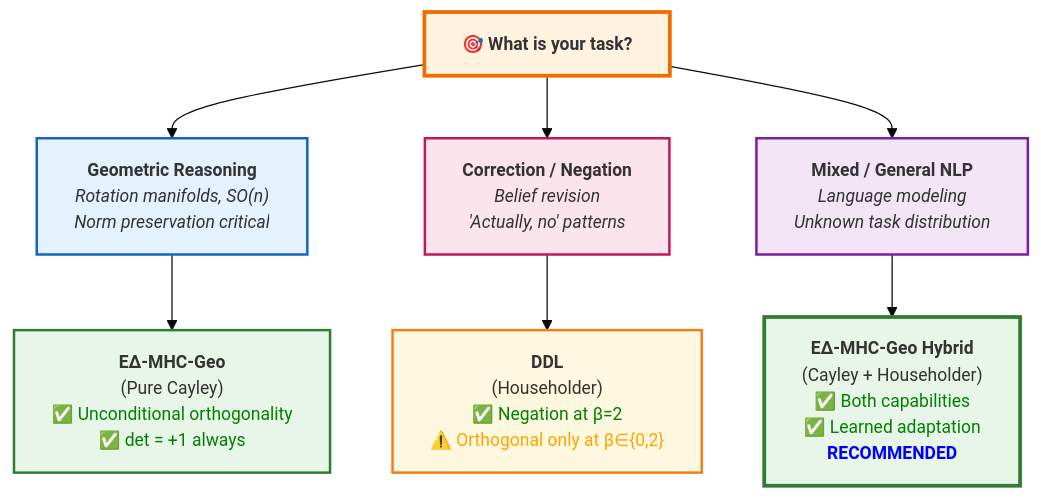
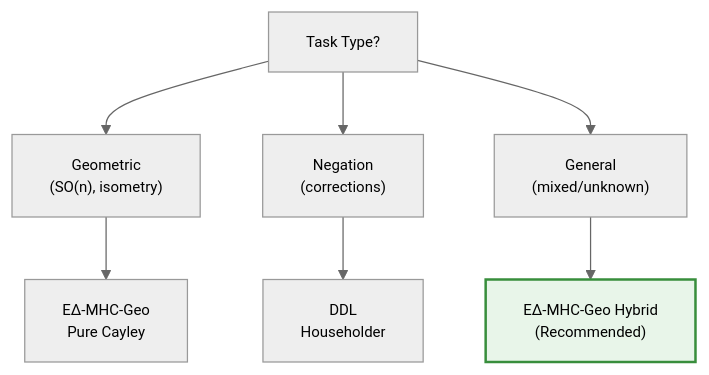
Before and after one commit to arash-shahmansoori/edelta: the seventh of 7 diagrams in docs/RESEARCH_V3.md, drawn with Mermaid. The commit also changed other lines of this file, not shown here.

First line of the commit message:
Optimize Mermaid diagrams for publication quality

````diff
--- a/docs/RESEARCH_V3.md
+++ b/docs/RESEARCH_V3.md
@@ -1622,23 +1453,15 @@
 ```mermaid
-%%{init: {'theme': 'base', 'themeVariables': { 'fontSize': '14px'}}}%%
+%%{init: {'theme': 'neutral', 'themeVariables': { 'fontSize': '12px'}}}%%
 flowchart TB
-    Q["<b>🎯 What is your task?</b>"]
+    Q["Task Type?"]
     
-    Q --> T1["<b>Geometric Reasoning</b><br/><i>Rotation manifolds, SO(n)</i><br/><i>Norm preservation critical</i>"]
-    Q --> T2["<b>Correction / Negation</b><br/><i>Belief revision</i><br/><i>'Actually, no' patterns</i>"]
-    Q --> T3["<b>Mixed / General NLP</b><br/><i>Language modeling</i><br/><i>Unknown task distribution</i>"]
+    Q --> T1["Geometric<br/>(SO(n), isometry)"]
+    Q --> T2["Negation<br/>(corrections)"]
+    Q --> T3["General<br/>(mixed/unknown)"]
     
-    T1 --> A1["<b>E∆-MHC-Geo</b><br/>(Pure Cayley)<br/><span style='color:green'>✅ Unconditional orthogonality</span><br/><span style='color:green'>✅ det = +1 always</span>"]
+    T1 --> A1["E∆-MHC-Geo<br/>Pure Cayley"]
+    T2 --> A2["DDL<br/>Householder"]
+    T3 --> A3["E∆-MHC-Geo Hybrid<br/>(Recommended)"]
     
-    T2 --> A2["<b>DDL</b><br/>(Householder)<br/><span style='color:green'>✅ Negation at β=2</span><br/><span style='color:orange'>⚠️ Orthogonal only at β∈{0,2}</span>"]
-    
-    T3 --> A3["<b>E∆-MHC-Geo Hybrid</b><br/>(Cayley + Householder)<br/><span style='color:green'>✅ Both capabilities</span><br/><span style='color:green'>✅ Learned adaptation</span><br/><span style='color:blue'><b>RECOMMENDED</b></span>"]
-    
-    style Q fill:#fff3e0,stroke:#ef6c00,stroke-width:3px
-    style T1 fill:#e3f2fd,stroke:#1565c0,stroke-width:2px
-    style T2 fill:#fce4ec,stroke:#c2185b,stroke-width:2px
-    style T3 fill:#f3e5f5,stroke:#7b1fa2,stroke-width:2px
-    style A1 fill:#e8f5e9,stroke:#2e7d32,stroke-width:2px
-    style A2 fill:#fff8e1,stroke:#f57f17,stroke-width:2px
-    style A3 fill:#e8f5e9,stroke:#2e7d32,stroke-width:3px
+    style A3 fill:#e8f5e9,stroke:#388e3c,stroke-width:2px
 ```
````
